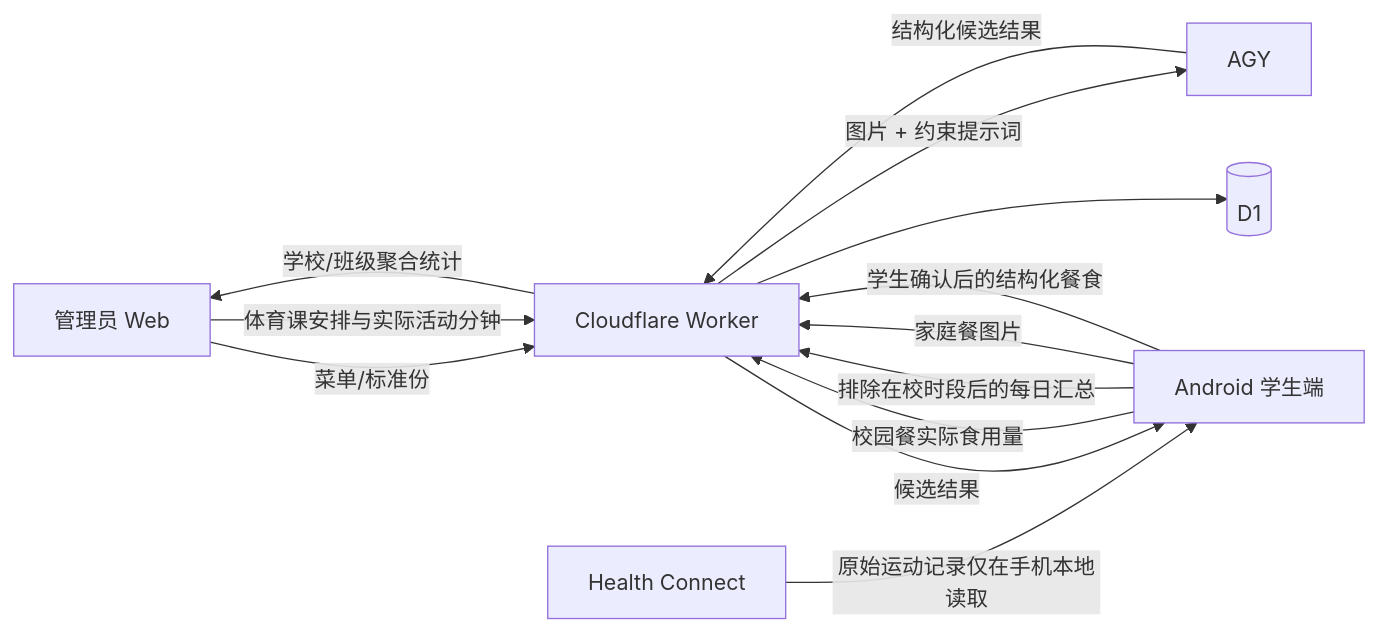
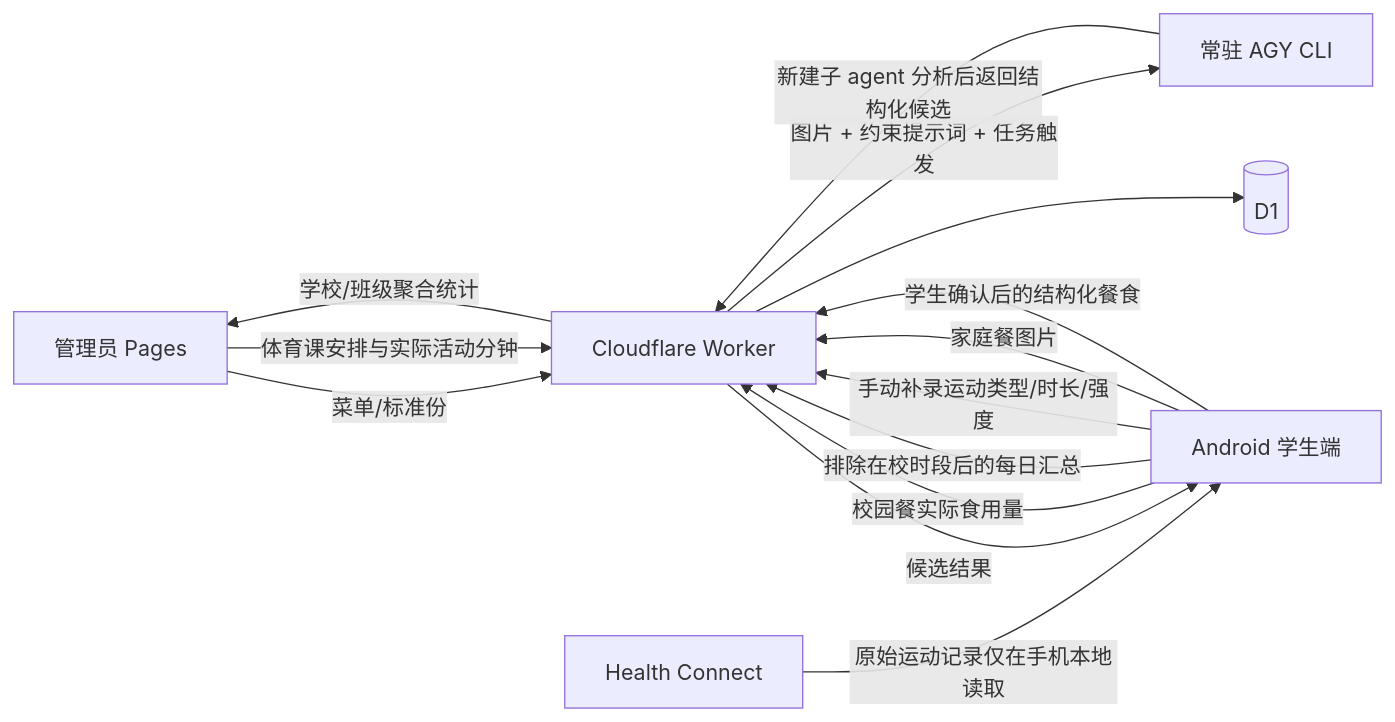
One commit to welkin-moon/health2609 changed the diagram in docs/submission.md. Above: the diagram before and after it, drawn with Mermaid. The commit also changed other lines of this file, not shown here.

Commit message:
docs: align submission with debug APK and AGY runner

````diff
--- a/docs/submission.md
+++ b/docs/submission.md
@@ -9,15 +9,16 @@
 ```mermaid
 flowchart LR
-    A[管理员 Web] -->|菜单/标准份| W[Cloudflare Worker]
+    A[管理员 Pages] -->|菜单/标准份| W[Cloudflare Worker]
     A -->|体育课安排与实际活动分钟| W
     S[Android 学生端] -->|校园餐实际食用量| W
     H[Health Connect] -->|原始运动记录仅在手机本地读取| S
     S -->|排除在校时段后的每日汇总| W
+    S -->|手动补录运动类型/时长/强度| W
     S -->|家庭餐图片| W
-    W -->|图片 + 约束提示词| G[AGY]
-    G -->|结构化候选结果| W
+    W -->|图片 + 约束提示词 + 任务触发| G[常驻 AGY CLI]
+    G -->|新建子 agent 分析后返回结构化候选| W
     W -->|候选结果| S
     S -->|学生确认后的结构化餐食| W
     W --> D[(D1)]
     W -->|学校/班级聚合统计| A
 ```
````
